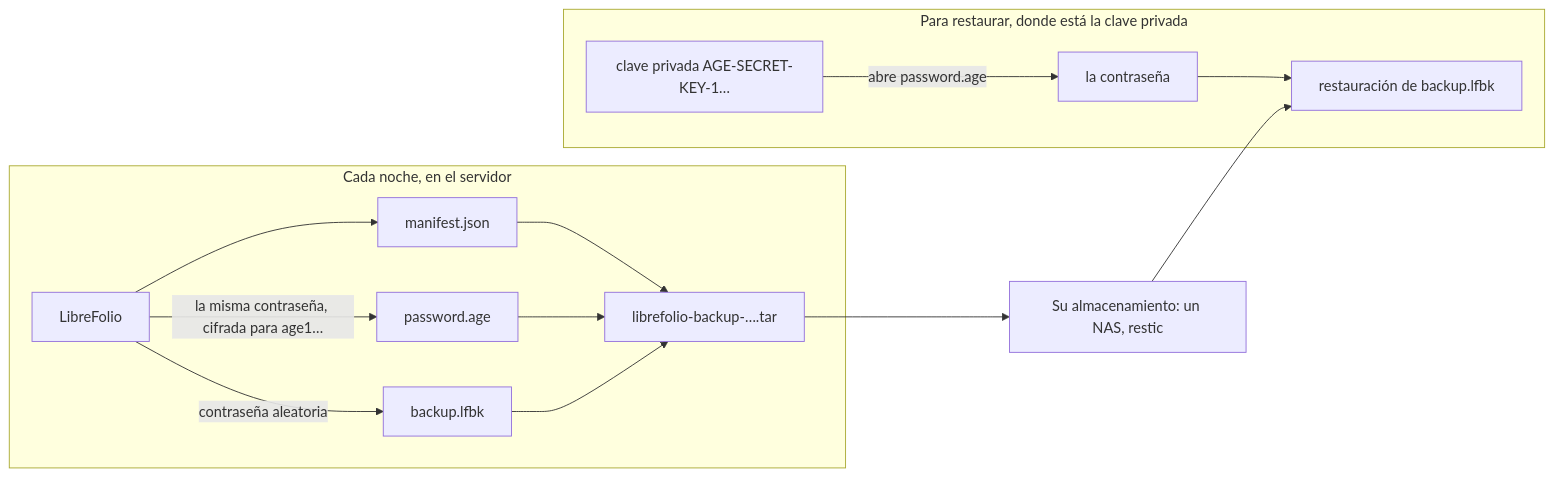
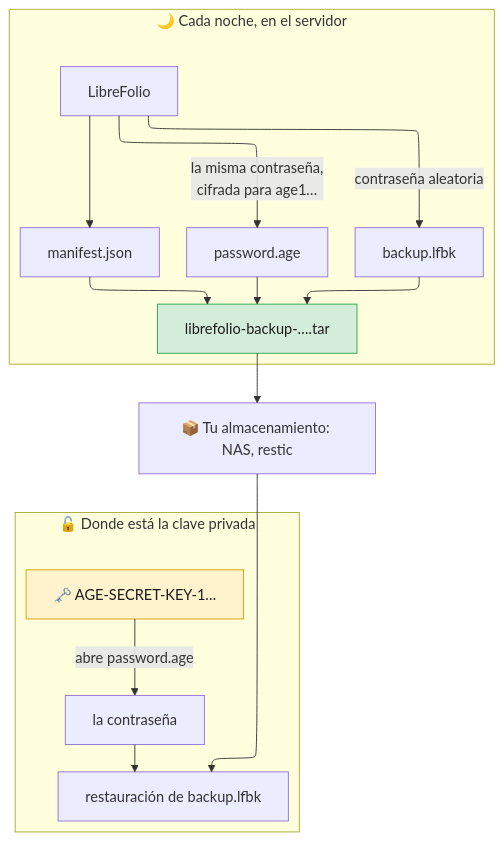
The diagram in mkdocs_src/docs/admin/backup_sealed.es.md (Librefolio/LibreFolio), drawn with Mermaid before and after one commit. The commit also changed other lines of this file and 2 other files, not shown here.

Commit message:
docs(admin): backup_sealed translated by hand from the Italian page into English, French and Spanish

````diff
--- a/mkdocs_src/docs/admin/backup_sealed.es.md
+++ b/mkdocs_src/docs/admin/backup_sealed.es.md
@@ -28,17 +20,21 @@
 ```mermaid
-flowchart LR
-    subgraph night["Cada noche, en el servidor"]
-        LF["LibreFolio"] -->|"contraseña aleatoria"| ENV["backup.lfbk"]
-        LF -->|"la misma contraseña, cifrada para age1…"| PWD["password.age"]
+---
+config:
+  layout: elk
+---
+flowchart TD
+    subgraph server["🌙 Cada noche, en el servidor"]
+        LF["LibreFolio"] -->|"contraseña aleatoria"| LFBK["backup.lfbk"]
+        LF -->|"la misma contraseña,<br>cifrada para age1…"| PAGE["password.age"]
         LF --> MAN["manifest.json"]
-        MAN --> TAR["librefolio-backup-….tar"]
-        PWD --> TAR
-        ENV --> TAR
+        LFBK & PAGE & MAN --> TAR["librefolio-backup-….tar"]
     end
-    TAR --> STORE["Su almacenamiento: un NAS, restic"]
-    subgraph restore["Para restaurar, donde está la clave privada"]
-        KEY["clave privada AGE-SECRET-KEY-1…"] -->|"abre password.age"| PASS["la contraseña"]
+    TAR --> STORE["📦 Tu almacenamiento: NAS, restic"]
+    subgraph restore["🔓 Donde está la clave privada"]
+        KEY["🗝️ AGE-SECRET-KEY-1…"] -->|"abre password.age"| PASS["la contraseña"]
         PASS --> RES["restauración de backup.lfbk"]
     end
     STORE --> RES
+    style KEY fill:#fff3cd,color:#1b1b1b,stroke:#d39e00
+    style TAR fill:#d4edda,color:#1b1b1b,stroke:#28a745
 ```
````
